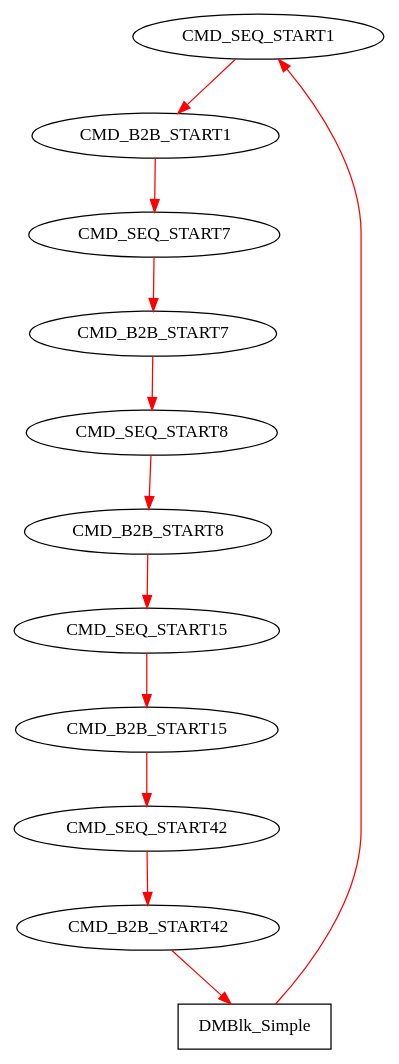
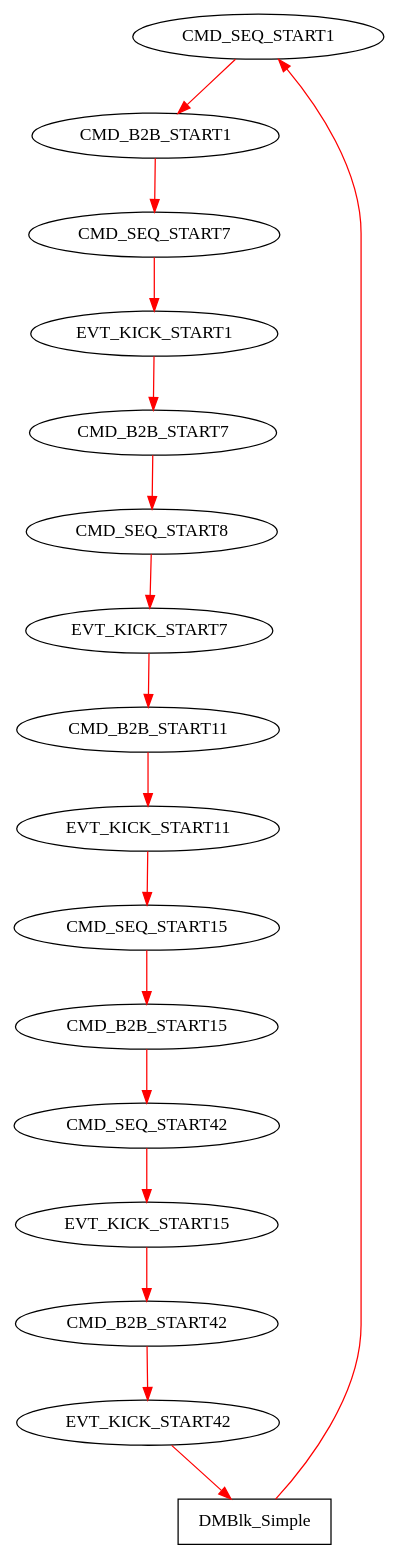
The diagram in modules/b2b/x86/b2b-test.dot (GSI-CS-CO/bel_projects), drawn with Graphviz before and after one commit. The commit also changed 9 other files, not shown here.

Commit message:
b2b: implement change from EVT_KICK_START to CMD_B2B_START

```diff
--- a/modules/b2b/x86/b2b-test.dot
+++ b/modules/b2b/x86/b2b-test.dot
@@ -1,23 +1,29 @@
 digraph g {
 name="testv1";
 
 graph [rankdir=TB, nodesep=0.6, mindist=0.6, ranksep=0.6, overlap=false]
 node  [type="tmsg",   shape="rectangle", style="filled", fillcolor="white", color="black", cpu="3"]
 edge  [type="defdst", color="red"]
 
 // events mit block
 CMD_SEQ_START1      [type="tmsg",      pattern="B2B_TEST", patentry="true",   toffs=          0, id="0x112c101000100001", par="0x123", shape="oval"];
-CMD_B2B_START1      [type="tmsg",      pattern="B2B_TEST",                    toffs=  100000000, id="0x112c031000100001", par="0x456", shape="oval"];
+CMD_B2B_START1      [type="tmsg",      pattern="B2B_TEST",                    toffs=  100000000, id="0x112c81f000100001", par="0x456", shape="oval"];
 CMD_SEQ_START7      [type="tmsg",      pattern="B2B_TEST",                    toffs=  200000000, id="0x112c101000700001", par="0x123", shape="oval"];
-CMD_B2B_START7      [type="tmsg",      pattern="B2B_TEST",                    toffs=  300000000, id="0x112c031000700001", par="0x456", shape="oval"];
+EVT_KICK_START1     [type="tmsg",      pattern="B2B_TEST",                    toffs=  290000000, id="0x112c031000100001", par="0x456", shape="oval"];
+CMD_B2B_START7      [type="tmsg",      pattern="B2B_TEST",                    toffs=  300000000, id="0x112c81f000700001", par="0x456", shape="oval"];
 CMD_SEQ_START8      [type="tmsg",      pattern="B2B_TEST",                    toffs=  400000000, id="0x1154101000b00001", par="0x123", shape="oval"];
-CMD_B2B_START8      [type="tmsg",      pattern="B2B_TEST",                    toffs=  500000000, id="0x1154045000b00001", par="0x456", shape="oval"];
+EVT_KICK_START7     [type="tmsg",      pattern="B2B_TEST",                    toffs=  290000000, id="0x112c031000700001", par="0x456", shape="oval"];
+CMD_B2B_START11     [type="tmsg",      pattern="B2B_TEST",                    toffs=  500000000, id="0x115481f000b00001", par="0x456", shape="oval"];
+EVT_KICK_START11    [type="tmsg",      pattern="B2B_TEST",                    toffs=  690000000, id="0x1154045000b00001", par="0x456", shape="oval"];
 CMD_SEQ_START15     [type="tmsg",      pattern="B2B_TEST",                    toffs=  700000000, id="0x112c101000f00001", par="0x123", shape="oval"];
-CMD_B2B_START15     [type="tmsg",      pattern="B2B_TEST",                    toffs=  800000000, id="0x112c031000f00001", par="0x456", shape="oval"];
+CMD_B2B_START15     [type="tmsg",      pattern="B2B_TEST",                    toffs=  800000000, id="0x112c81f000f00001", par="0x456", shape="oval"];
 CMD_SEQ_START42     [type="tmsg",      pattern="B2B_TEST",                    toffs=  900000000, id="0x112c101004200001", par="0x123", shape="oval"];
-CMD_B2B_START42     [type="tmsg",      pattern="B2B_TEST",                    toffs= 1000000000, id="0x112c031004200001", par="0x456", shape="oval"];
+EVT_KICK_START15    [type="tmsg",      pattern="B2B_TEST",                    toffs=  990000000, id="0x112c031000f00001", par="0x456", shape="oval"];
+CMD_B2B_START42     [type="tmsg",      pattern="B2B_TEST",                    toffs= 1000000000, id="0x112c81f004200001", par="0x456", shape="oval"];
+EVT_KICK_START42    [type="tmsg",      pattern="B2B_TEST",                    toffs= 1190000000, id="0x112c031004200001", par="0x456", shape="oval"];
+
 DMBlk_Simple        [type="block",     pattern="B2B_TEST", patexit="true",  tperiod= 1200000000];                                 
 
 // sequenz
-CMD_SEQ_START1 -> CMD_B2B_START1 -> CMD_SEQ_START7 -> CMD_B2B_START7 -> CMD_SEQ_START8 -> CMD_B2B_START8 -> CMD_SEQ_START15 -> CMD_B2B_START15 -> CMD_SEQ_START42 -> CMD_B2B_START42 -> DMBlk_Simple -> CMD_SEQ_START1;
+CMD_SEQ_START1 -> CMD_B2B_START1 -> CMD_SEQ_START7 -> EVT_KICK_START1 -> CMD_B2B_START7 -> CMD_SEQ_START8 -> EVT_KICK_START7 -> CMD_B2B_START11 -> EVT_KICK_START11 -> CMD_SEQ_START15 -> CMD_B2B_START15 -> CMD_SEQ_START42 -> EVT_KICK_START15 -> CMD_B2B_START42 -> EVT_KICK_START42 -> DMBlk_Simple -> CMD_SEQ_START1;
 }
```
